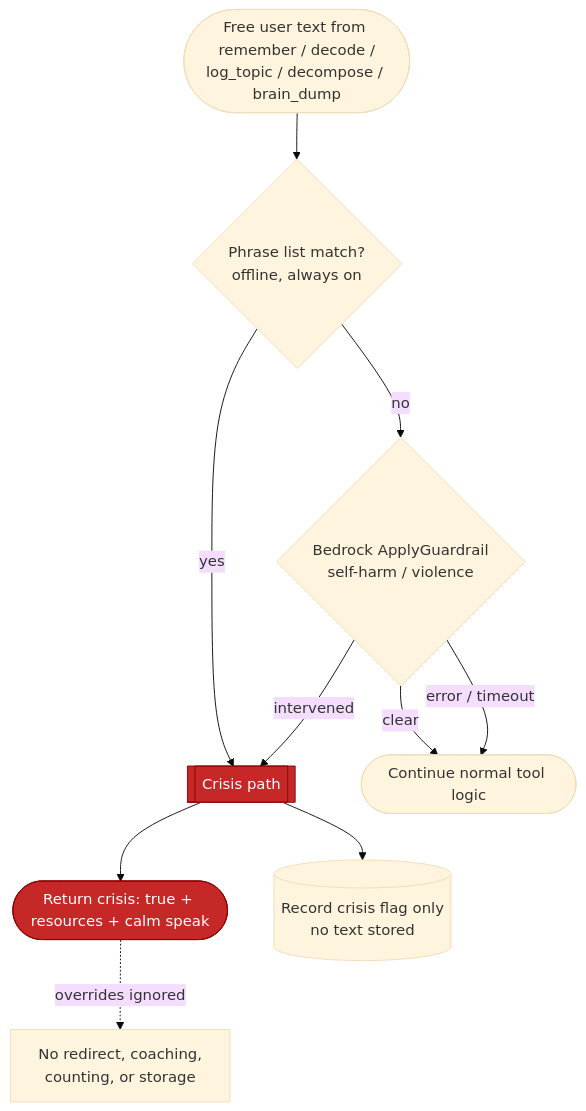
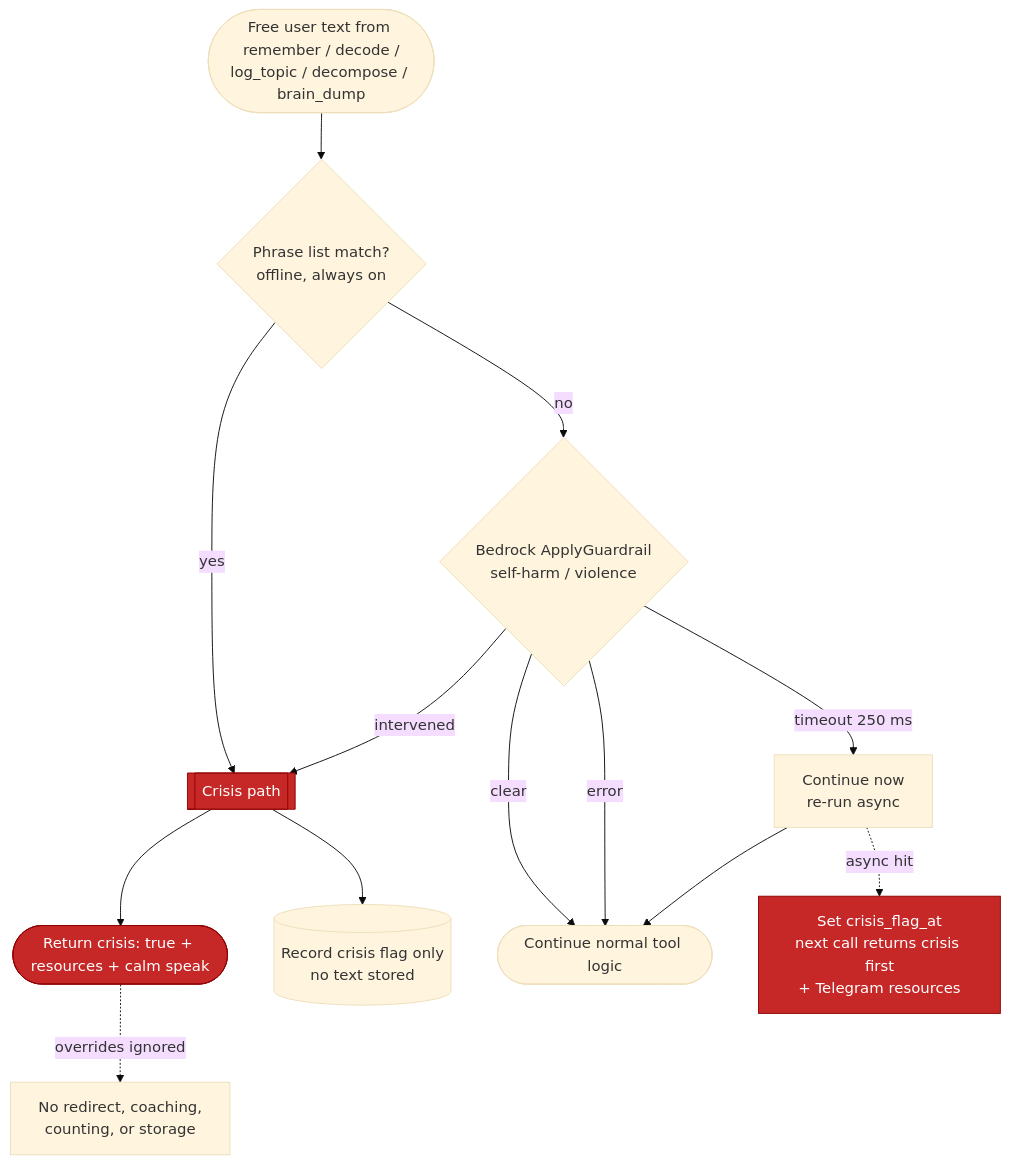
Before and after one commit to navinrc/NeuroCare: the eighth of 11 diagrams in docs/spec.md, drawn with Mermaid (base theme). The commit also changed other lines of this file and 4 other files, not shown here.

````diff
--- a/docs/spec.md
+++ b/docs/spec.md
@@ -665,15 +707,18 @@
 ```mermaid
 flowchart TD
     T([Free user text from remember / decode /<br/>log_topic / decompose / brain_dump]) --> K{Phrase list match?<br/>offline, always on}
     K -- yes --> HIT
     K -- no --> G{Bedrock ApplyGuardrail<br/>self-harm / violence}
     G -- intervened --> HIT
     G -- clear --> CONT([Continue normal tool logic])
-    G -- error / timeout --> CONT
+    G -- error --> CONT
+    G -- timeout 250 ms --> ASY[Continue now<br/>re-run async]
+    ASY --> CONT
+    ASY -. async hit .-> FLAG[Set crisis_flag_at<br/>next call returns crisis first<br/>+ Telegram resources]
     HIT[[Crisis path]] --> R([Return crisis: true + resources + calm speak])
     HIT --> F[(Record crisis flag only<br/>no text stored)]
     R -.->|overrides ignored| X[No redirect, coaching,<br/>counting, or storage]
 
     classDef crisis fill:#C62828,stroke:#8E0000,color:#FFFFFF
-    class HIT,R crisis
+    class HIT,R,FLAG crisis
 ```
````
